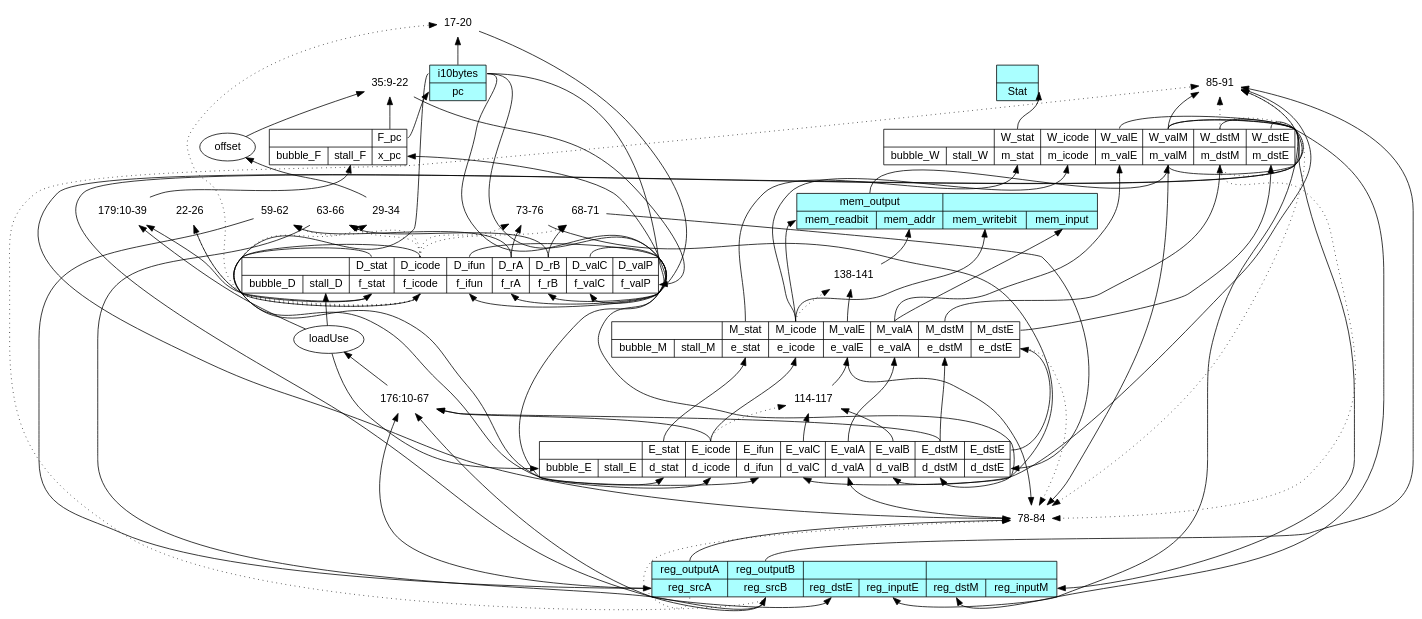
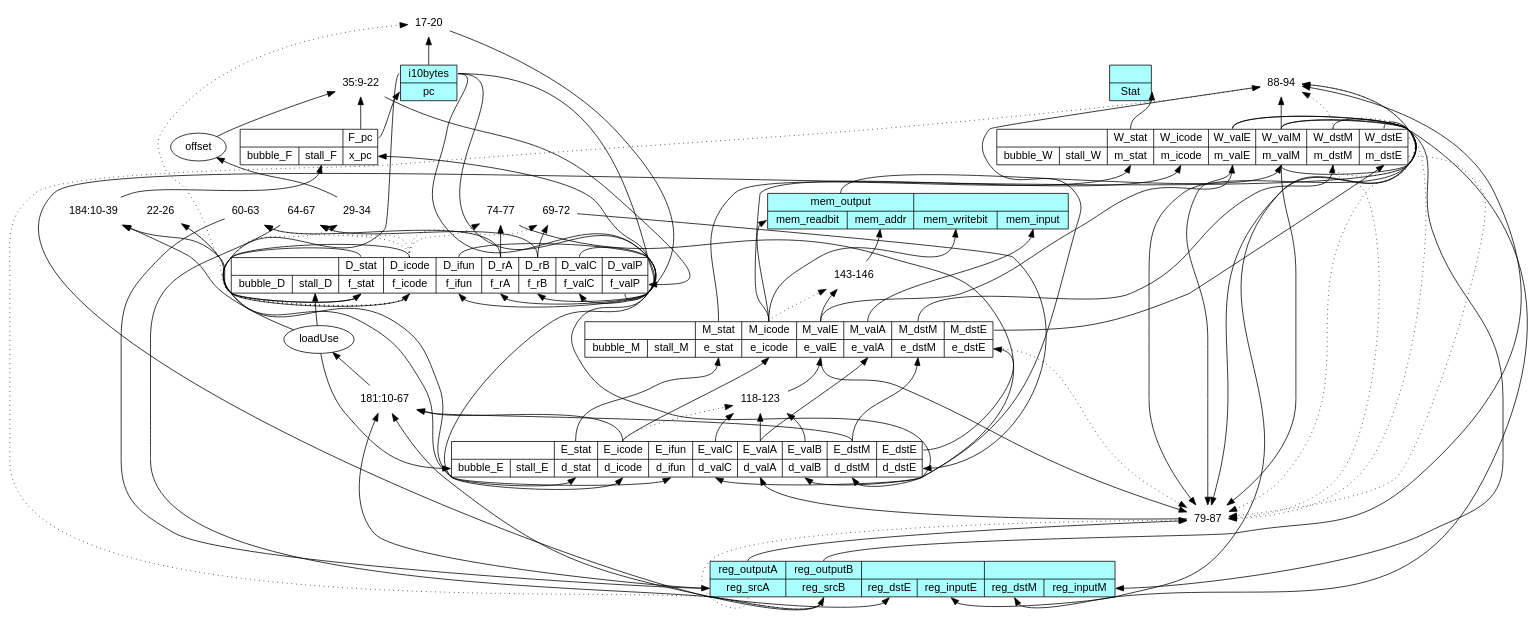
One commit to Murleon/CompArch changed the diagram in ComputerArchitecture/lab06/hcl2d/pipehw2_hcl.dot. Above: the diagram before and after it, drawn with Graphviz. The commit also changed 6 other files, not shown here.

```diff
--- a/ComputerArchitecture/lab06/hcl2d/pipehw2_hcl.dot
+++ b/ComputerArchitecture/lab06/hcl2d/pipehw2_hcl.dot
@@ -1,117 +1,122 @@
 digraph pipehw2 { // auto-generated HCL2 visualization via graphviz
     node [ fontname="sans-serif" ];
     rankdir=BT;
     ///////////////////////// builtin components ////////////////////////
 
     _regfile [shape="record" label="{<reg_outputA>reg_outputA|<reg_srcA>reg_srcA}|{<reg_outputB>reg_outputB|<reg_srcB>reg_srcB}|{|{<reg_dstE>reg_dstE|<reg_inputE>reg_inputE}}|{|{<reg_dstM>reg_dstM|<reg_inputM>reg_inputM}}" style="filled" fillcolor="#aaffff"];
     _datamem [shape="record" label="{<mem_output>mem_output|{<mem_readbit>mem_readbit|<mem_addr>mem_addr}}|{|{<mem_writebit>mem_writebit|<mem_input>mem_input}}" style="filled" fillcolor="#aaffff"];
     _instmem [shape="record" label="{<i10bytes>i10bytes|<pc>pc}" style="filled" fillcolor="#aaffff"];
     _status [shape="record" label="{|<Stat>Stat}" style="filled" fillcolor="#aaffff"];
 
     //////////////////////////// user code //////////////////////////////
 
 _reg_F [shape="record" label="{|{<bubble_F>bubble_F|<stall_F>stall_F}}|{<F_pc>F_pc|<x_pc>x_pc}"];
     _reg_F:F_pc -> _instmem:pc;
     _instmem:i10bytes -> _reg_D:f_icode;
     _instmem:i10bytes -> _reg_D:f_ifun;
     _instmem:i10bytes -> _reg_D:f_rA;
     _instmem:i10bytes -> _reg_D:f_rB;
     _op_f_valC [shape="none" label="17-20"];
     _op_f_valC -> _reg_D:f_valC;
     _instmem:i10bytes -> _op_f_valC;
     _reg_D:f_icode -> _op_f_valC [style=dotted];
     _op_f_stat [shape="none" label="22-26"];
     _op_f_stat -> _reg_D:f_stat;
     _reg_D:f_icode -> _op_f_stat [style=dotted];
     _op_offset [shape="none" label="29-34"];
     _op_offset -> offset;
     _reg_D:f_icode -> _op_offset [style=dotted];
     _op_f_valP [shape="none" label="35:9-22"];
     _op_f_valP -> _reg_D:f_valP;
     _reg_F:F_pc -> _op_f_valP;
     offset -> _op_f_valP;
     _reg_D:f_valP -> _reg_F:x_pc;
 _reg_D [shape="record" label="{|{<bubble_D>bubble_D|<stall_D>stall_D}}|{<D_stat>D_stat|<f_stat>f_stat}|{<D_icode>D_icode|<f_icode>f_icode}|{<D_ifun>D_ifun|<f_ifun>f_ifun}|{<D_rA>D_rA|<f_rA>f_rA}|{<D_rB>D_rB|<f_rB>f_rB}|{<D_valC>D_valC|<f_valC>f_valC}|{<D_valP>D_valP|<f_valP>f_valP}"];
-    _op_reg_srcA [shape="none" label="59-62"];
+    _op_reg_srcA [shape="none" label="60-63"];
     _op_reg_srcA -> _regfile:reg_srcA;
     _reg_D:D_rA -> _op_reg_srcA;
     _reg_D:D_icode -> _op_reg_srcA [style=dotted];
-    _op_reg_srcB [shape="none" label="63-66"];
+    _op_reg_srcB [shape="none" label="64-67"];
     _op_reg_srcB -> _regfile:reg_srcB;
     _reg_D:D_rB -> _op_reg_srcB;
     _reg_D:D_icode -> _op_reg_srcB [style=dotted];
-    _op_d_dstE [shape="none" label="68-71"];
+    _op_d_dstE [shape="none" label="69-72"];
     _op_d_dstE -> _reg_E:d_dstE;
     _reg_D:D_rB -> _op_d_dstE;
     _reg_D:D_icode -> _op_d_dstE [style=dotted];
-    _op_d_dstM [shape="none" label="73-76"];
+    _op_d_dstM [shape="none" label="74-77"];
     _op_d_dstM -> _reg_E:d_dstM;
     _reg_D:D_rA -> _op_d_dstM;
     _reg_D:D_icode -> _op_d_dstM [style=dotted];
-    _op_d_valA [shape="none" label="78-84"];
+    _op_d_valA [shape="none" label="79-87"];
     _op_d_valA -> _reg_E:d_valA;
     _reg_M:e_valE -> _op_d_valA;
+    _reg_W:m_valE -> _op_d_valA;
     _reg_W:m_valM -> _op_d_valA;
+    _reg_W:W_valE -> _op_d_valA;
     _reg_W:W_valM -> _op_d_valA;
     _regfile:reg_outputA -> _op_d_valA;
     _regfile:reg_srcA -> _op_d_valA [style=dotted];
     _reg_M:e_dstE -> _op_d_valA [style=dotted];
+    _reg_W:m_dstE -> _op_d_valA [style=dotted];
     _reg_W:m_dstM -> _op_d_valA [style=dotted];
+    _reg_W:W_dstE -> _op_d_valA [style=dotted];
     _reg_W:W_dstM -> _op_d_valA [style=dotted];
-    _op_d_valB [shape="none" label="85-91"];
+    _op_d_valB [shape="none" label="88-94"];
     _op_d_valB -> _reg_E:d_valB;
     _reg_W:m_valM -> _op_d_valB;
     _reg_W:W_valM -> _op_d_valB;
     _regfile:reg_outputB -> _op_d_valB;
     _regfile:reg_srcB -> _op_d_valB [style=dotted];
     _reg_W:m_dstM -> _op_d_valB [style=dotted];
     _reg_W:W_dstM -> _op_d_valB [style=dotted];
     _reg_D:D_stat -> _reg_E:d_stat;
     _reg_D:D_icode -> _reg_E:d_icode;
     _reg_D:D_ifun -> _reg_E:d_ifun;
     _reg_D:D_valC -> _reg_E:d_valC;
 _reg_E [shape="record" label="{|{<bubble_E>bubble_E|<stall_E>stall_E}}|{<E_stat>E_stat|<d_stat>d_stat}|{<E_icode>E_icode|<d_icode>d_icode}|{<E_ifun>E_ifun|<d_ifun>d_ifun}|{<E_valC>E_valC|<d_valC>d_valC}|{<E_valA>E_valA|<d_valA>d_valA}|{<E_valB>E_valB|<d_valB>d_valB}|{<E_dstM>E_dstM|<d_dstM>d_dstM}|{<E_dstE>E_dstE|<d_dstE>d_dstE}"];
-    _op_e_valE [shape="none" label="114-117"];
+    _op_e_valE [shape="none" label="118-123"];
     _op_e_valE -> _reg_M:e_valE;
     _reg_E:E_valC -> _op_e_valE;
     _reg_E:E_valB -> _op_e_valE;
+    _reg_E:E_valA -> _op_e_valE;
     _reg_E:E_icode -> _op_e_valE [style=dotted];
     _reg_E:E_stat -> _reg_M:e_stat;
     _reg_E:E_dstE -> _reg_M:e_dstE;
     _reg_E:E_dstM -> _reg_M:e_dstM;
     _reg_E:E_icode -> _reg_M:e_icode;
     _reg_E:E_valA -> _reg_M:e_valA;
 _reg_M [shape="record" label="{|{<bubble_M>bubble_M|<stall_M>stall_M}}|{<M_stat>M_stat|<e_stat>e_stat}|{<M_icode>M_icode|<e_icode>e_icode}|{<M_valE>M_valE|<e_valE>e_valE}|{<M_valA>M_valA|<e_valA>e_valA}|{<M_dstM>M_dstM|<e_dstM>e_dstM}|{<M_dstE>M_dstE|<e_dstE>e_dstE}"];
-    _op_mem_addr [shape="none" label="138-141"];
+    _op_mem_addr [shape="none" label="143-146"];
     _op_mem_addr -> _datamem:mem_addr;
     _reg_M:M_valE -> _op_mem_addr;
     _reg_M:M_icode -> _op_mem_addr [style=dotted];
     _reg_M:M_icode -> _datamem:mem_readbit;
     _reg_M:M_icode -> _datamem:mem_writebit;
     _reg_M:M_valA -> _datamem:mem_input;
     _reg_M:M_stat -> _reg_W:m_stat;
     _datamem:mem_output -> _reg_W:m_valM;
     _reg_M:M_dstE -> _reg_W:m_dstE;
     _reg_M:M_dstM -> _reg_W:m_dstM;
     _reg_M:M_icode -> _reg_W:m_icode;
-    _reg_M:M_valA -> _reg_W:m_valE;
+    _reg_M:M_valE -> _reg_W:m_valE;
 _reg_W [shape="record" label="{|{<bubble_W>bubble_W|<stall_W>stall_W}}|{<W_stat>W_stat|<m_stat>m_stat}|{<W_icode>W_icode|<m_icode>m_icode}|{<W_valE>W_valE|<m_valE>m_valE}|{<W_valM>W_valM|<m_valM>m_valM}|{<W_dstM>W_dstM|<m_dstM>m_dstM}|{<W_dstE>W_dstE|<m_dstE>m_dstE}"];
     _reg_W:W_valM -> _regfile:reg_inputM;
     _reg_W:W_dstM -> _regfile:reg_dstM;
     _reg_W:W_valE -> _regfile:reg_inputE;
     _reg_W:W_dstE -> _regfile:reg_dstE;
     _reg_W:W_stat -> _status:Stat;
-    _op_loadUse [shape="none" label="176:10-67"];
+    _op_loadUse [shape="none" label="181:10-67"];
     _op_loadUse -> loadUse;
     _reg_E:E_icode -> _op_loadUse;
     _reg_E:E_dstM -> _op_loadUse;
     _regfile:reg_srcA -> _op_loadUse;
     _regfile:reg_srcB -> _op_loadUse;
-    _op_stall_F [shape="none" label="179:10-39"];
+    _op_stall_F [shape="none" label="184:10-39"];
     _op_stall_F -> _reg_F:stall_F;
     loadUse -> _op_stall_F;
     _reg_D:f_stat -> _op_stall_F;
     loadUse -> _reg_D:stall_D;
     loadUse -> _reg_E:bubble_E;
 
 }
```
